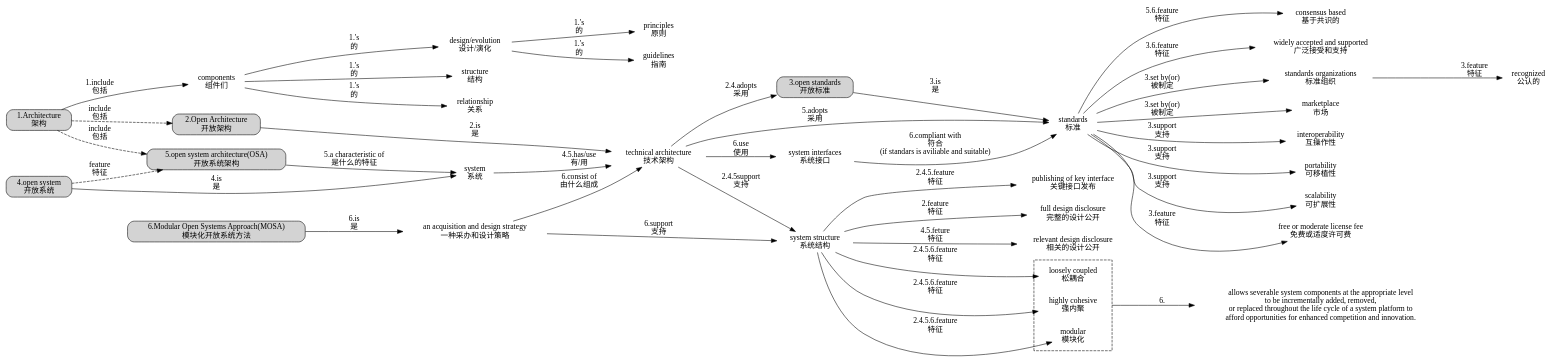
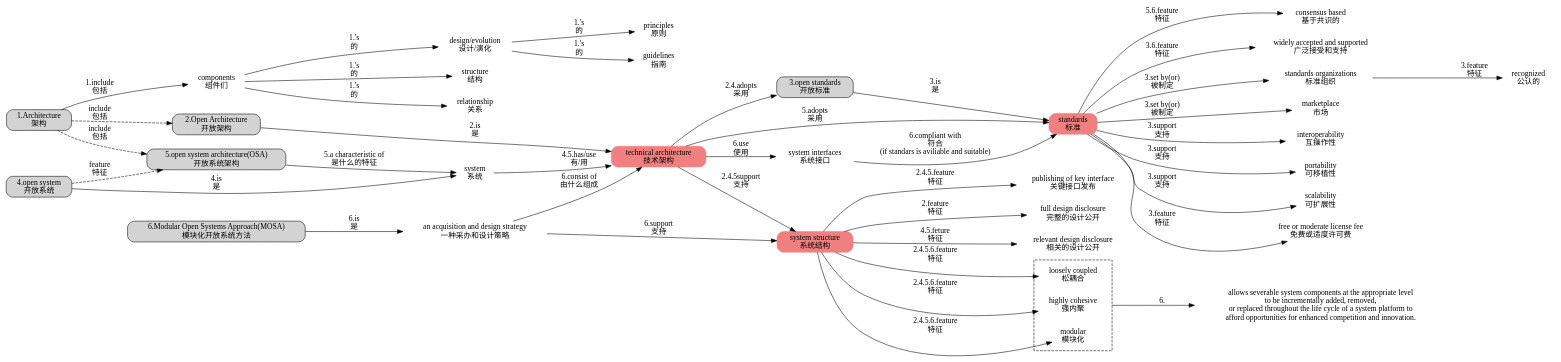
Before and after one commit to chaozhang2000/soa: the diagram in parts/definition.dot, drawn with Graphviz. The commit also changed 5 other files, not shown here.

```diff
--- a/parts/definition.dot
+++ b/parts/definition.dot
@@ -1,113 +1,113 @@
 digraph G {
   graph [rankdir=LR,compound=true];
   node [shape=box, style="rounded,filled"];
 
 	arch[label = "1.Architecture\n架构"];
 	openarch[label = "2.Open Architecture\n开放架构"];
 openstandard[label = "3.open standards\n开放标准"];
 opensystem[label = "4.open system\n开放系统"];
 OpenSystemArch[label = "5.open system architecture(OSA)\n开放系统架构"];
 MOSA[label = "6.Modular Open Systems Approach(MOSA)\n模块化开放系统方法"];
    arch-> openarch[label = "include\n包括",style=dashed];
    arch-> OpenSystemArch[label = "include\n包括",style=dashed];
    opensystem->OpenSystemArch[label = "feature\n特征",style=dashed];
 
 components[label = "components\n组件们"color=white];
 structure[label = "structure\n结构"color=white];
 relationship[label = "relationship\n关系"color=white];
 archdef4[label = "design/evolution\n设计/演化"color=white];
 archdef5[label = "principles\n原则"color=white];
 archdef6[label = "guidelines\n指南"color=white]
 arch->components[label = "1.include\n包括"]
 components->archdef4[label = "1.'s\n的"];
 components->structure[label = "1.'s\n的"];
 components->relationship[label = "1.'s\n的"];
 archdef4->archdef5[label = "1.'s\n的"];
 archdef4->archdef6[label = "1.'s\n的"];
 
-tech_arch[label = "technical architecture\n技术架构"color=white];
-system_structure[label = "system structure\n系统结构"color=white];
+tech_arch[label = "technical architecture\n技术架构"color=lightcoral];
+system_structure[label = "system structure\n系统结构"color=lightcoral];
 subgraph cluster_a{
 style = dashed;
 openarchdef4[label = "modular\n模块化"color=white];
 openarchdef5[label = "loosely coupled\n松耦合"color=white];
 openarchdef6[label = "highly cohesive\n强内聚"color=white];
 }
 openarchdef7[label = "publishing of key interface\n关键接口发布"color=white];
 openarchdef8[label = "full design disclosure\n完整的设计公开"color=white];
 openarch->tech_arch[label = "2.is\n是"];
 tech_arch->openstandard[label="2.4.adopts\n采用"];
 tech_arch->system_structure[label="2.4.5support\n支持"];
 system_structure->openarchdef4[label="2.4.5.6.feature\n特征"];
 system_structure->openarchdef5[label="2.4.5.6.feature\n特征"];
 system_structure->openarchdef6[label="2.4.5.6.feature\n特征"];
 system_structure->openarchdef7[label="2.4.5.feature\n特征"];
 system_structure->openarchdef8[label="2.feature\n特征"];
 
-standards[label="standards\n标准",color=white];
+standards[label="standards\n标准",color=lightcoral];
 openstandarddef2[label="widely accepted and supported\n广泛接受和支持",color=white];
 openstandarddef3[label="standards organizations\n标准组织",color=white];
 openstandarddef4[label="marketplace\n市场",color=white];
 openstandarddef5[label="interoperability\n互操作性",color=white];
 openstandarddef6[label="portability\n可移植性",color=white];
 openstandarddef7[label="scalability\n可扩展性",color=white];
 openstandarddef8[label="recognized\n公认的",color=white];
 openstandarddef9[label="free or moderate license fee\n免费或适度许可费",color=white];
 openstandard->standards[label="3.is\n是"]
 standards->openstandarddef3[label="3.set by(or)\n被制定"]
 openstandarddef3->openstandarddef8[label="3.feature\n特征"]
 standards->openstandarddef4[label="3.set by(or)\n被制定"]
 standards->openstandarddef2[label="3.6.feature\n特征"]
 standards->openstandarddef5[label="3.support\n支持"]
 standards->openstandarddef6[label="3.support\n支持"]
 standards->openstandarddef7[label="3.support\n支持"]
 standards->openstandarddef9[label="3.feature\n特征"]
 consensus_based[label="consensus based\n基于共识的",color=white];
 standards->consensus_based[label="5.6.feature\n特征"]
 
 system[label = "system\n系统"color=white];
 opensystemdef1[label = "relevant design disclosure\n相关的设计公开"color=white];
 opensystem->system[label="4.is\n是"];
 system->tech_arch[label="4.5.has/use\n有/用"];
 system_structure->opensystemdef1[label="4.5.feture\n特征"];
 
 OpenSystemArch->system[label="5.a characteristic of\n是什么的特征"]
 tech_arch->standards[label="5.adopts\n采用"];
 
 MOSAdef1[label="an acquisition and design strategy\n一种采办和设计策略",color = white];
 system_interfaces[label="system interfaces\n系统接口",color = white];
 MOSA->MOSAdef1[label="6.is\n是"];
 MOSAdef1->tech_arch[label="6.consist of\n由什么组成"];
 tech_arch->system_interfaces[label="6.use\n使用"];
 system_interfaces->standards[label="6.compliant with\n符合\n(if standars is aviliable and suitable)"];
 MOSAdef1->system_structure[label="6.support\n支持"];
 MOSAdef2[label="allows severable system components at the appropriate level\n to be incrementally added, removed,\n or replaced throughout the life cycle of a system platform to \nafford opportunities for enhanced competition and innovation.",color=white];
 openarchdef6-> MOSAdef2[ltail="cluster_a",label="6."];
 }
 /*
    arch-> openarch[label=<<table border="0" cellborder="0" cellspacing="2">
         <tr><td><font color="#FFF000">舱内主照明控制信息</font></td></tr>
         <tr><td bgcolor="#008000"><font color="black">RS422总线</font></td></tr>
     </table>>, fontsize=10, color="#008000"];
 */
 /*
     #FF0000 (红色)
     #00FF00 (绿色)
     #0000FF (蓝色)
     #FF00FF (洋红色)
     #00FFFF (青色)//以太网
     #800080 (紫色)//离散信号
     #008000 (深绿色)//RS422
     #FFC0CB (粉色) //模拟信号
     #FFA500 (橙色) //燃油分系统
     #FFF000 (黄色)//照明分系统
     #A52A2A (棕色)
     #000080 (海军蓝)
     #32CD32 (浅绿色)
     #8B0000 (深红色)
     #87CEEB (天蓝色)
     #DAA520 (深黄色)//HB6096
     #808080 (灰色)//PWM
     #FF69B4 (深粉色)
     #DA70D6 (浅紫色)
 */
```
